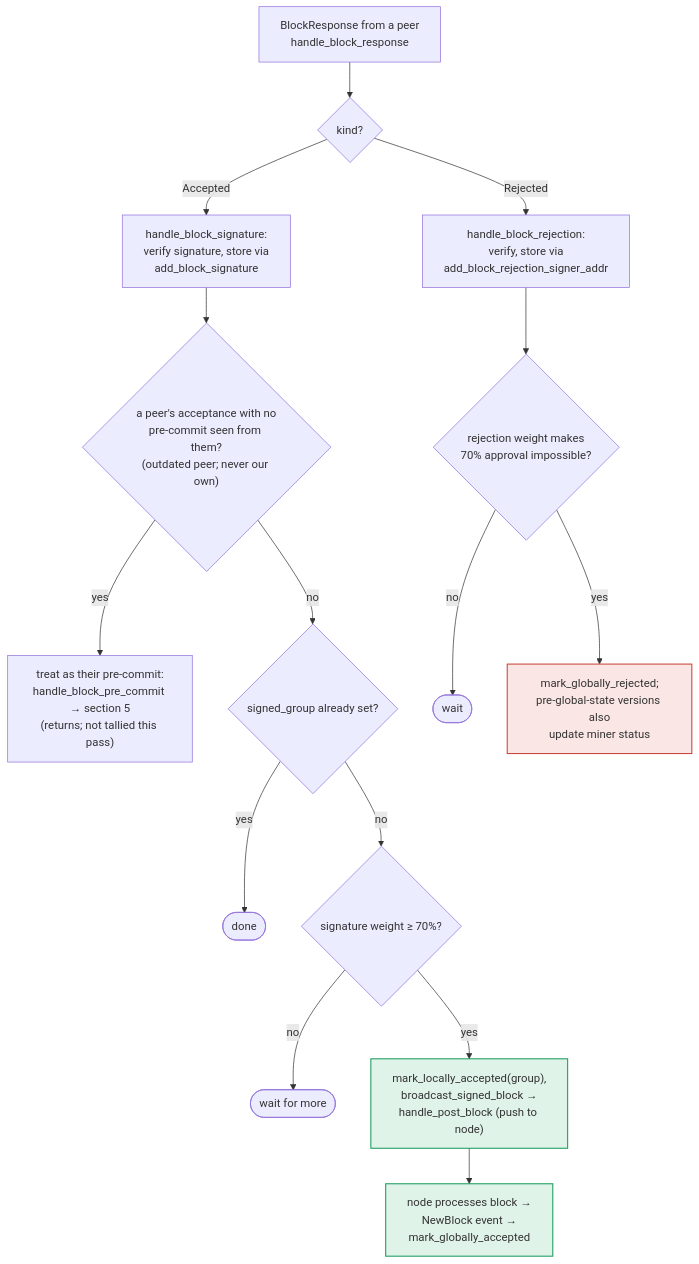
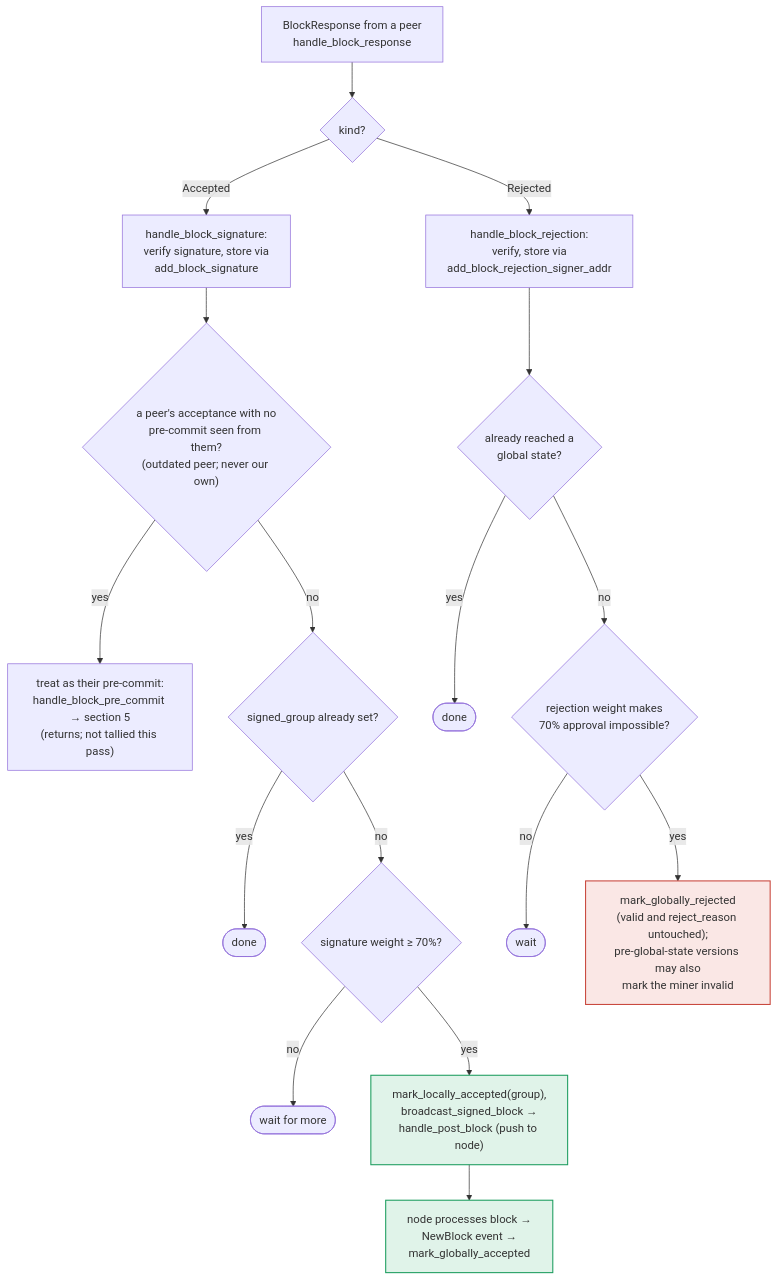
The seventh of 9 diagrams in docs/signer-flows.md (stacks-network/stacks-core), drawn with Mermaid before and after one commit. The commit also changed other lines of this file and 4 other files, not shown here.

````diff
--- a/docs/signer-flows.md
+++ b/docs/signer-flows.md
@@ -357,19 +407,21 @@
 ```mermaid
 flowchart TB
     IN["BlockResponse from a peer<br/>handle_block_response"] --> KIND{"kind?"}
     KIND -- "Accepted" --> HBS["handle_block_signature:<br/>verify signature, store via<br/>add_block_signature"]
     HBS --> OLD{"a peer's acceptance with no<br/>pre-commit seen from them?<br/>(outdated peer; never our own)"}
     OLD -- yes --> ASPC["treat as their pre-commit:<br/>handle_block_pre_commit → section 5<br/>(returns; not tallied this pass)"]
     OLD -- no --> GRP{"signed_group already set?"}
     GRP -- yes --> N1(["done"])
     GRP -- no --> TALLY{"signature weight ≥ 70%?"}
     TALLY -- no --> N2(["wait for more"])
     TALLY -- yes --> BCAST["mark_locally_accepted(group),<br/>broadcast_signed_block →<br/>handle_post_block (push to node)"]:::good
     KIND -- "Rejected" --> HBR["handle_block_rejection:<br/>verify, store via<br/>add_block_rejection_signer_addr"]
-    HBR --> RT{"rejection weight makes<br/>70% approval impossible?"}
+    HBR --> DONE{"already reached a<br/>global state?"}
+    DONE -- yes --> N4(["done"])
+    DONE -- no --> RT{"rejection weight makes<br/>70% approval impossible?"}
     RT -- no --> N3(["wait"])
-    RT -- yes --> GREJ["mark_globally_rejected;<br/>pre-global-state versions also<br/>update miner status"]:::bad
+    RT -- yes --> GREJ["mark_globally_rejected<br/>(valid and reject_reason untouched);<br/>pre-global-state versions may also<br/>mark the miner invalid"]:::bad
     BCAST --> NB["node processes block →<br/>NewBlock event →<br/>mark_globally_accepted"]:::good
     classDef good fill:#17a45c22,stroke:#1d9d5f,stroke-width:1.5px;
     classDef bad fill:#d84a3f22,stroke:#c9473d,stroke-width:1.5px;
 ```
````
